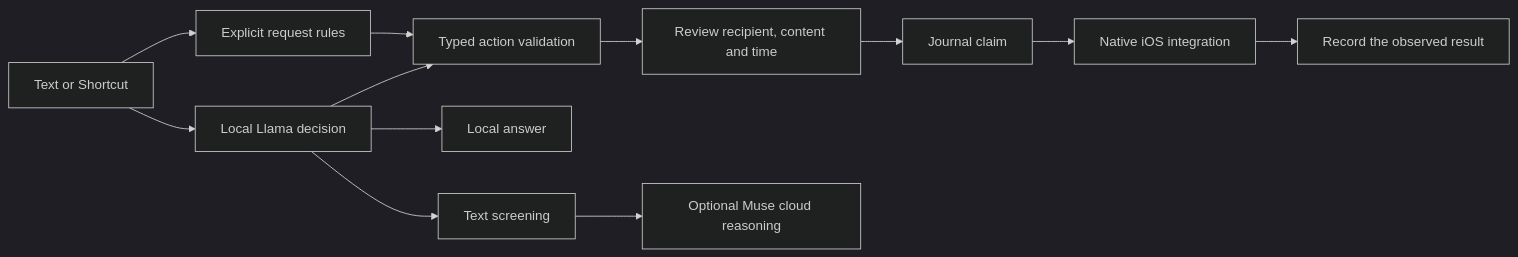
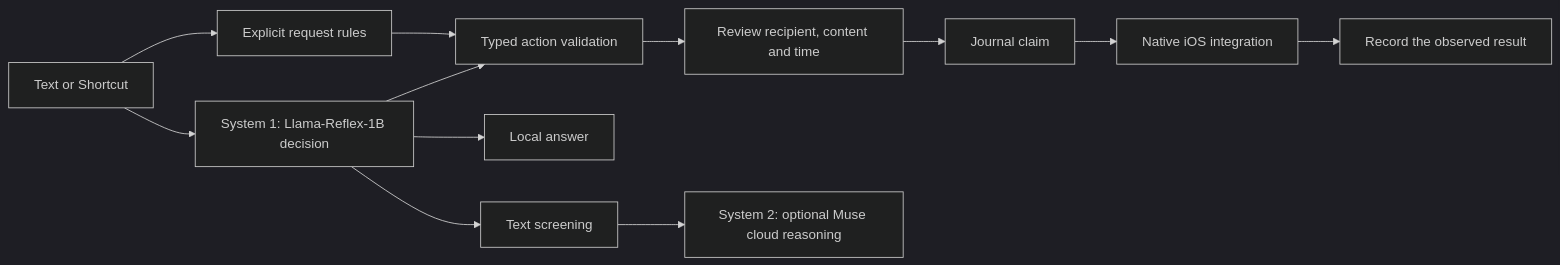
Before and after one commit to hxbib/OffLlama: the diagram in README.md, drawn with Mermaid (dark theme). The commit also changed other lines of this file and 3 other files, not shown here.

First line of the commit message:
docs: restore the System 1 / System 2 framing for Llama-Reflex-1B

````diff
--- a/README.md
+++ b/README.md
@@ -54,14 +61,14 @@
 ```mermaid
 flowchart LR
-    Input[Text or Shortcut] --> Reflex[Local Llama decision]
+    Input[Text or Shortcut] --> Reflex["System 1: Llama-Reflex-1B decision"]
     Input --> Rules[Explicit request rules]
     Reflex --> Contract[Typed action validation]
     Rules --> Contract
     Contract --> Draft[Review recipient, content and time]
     Draft --> Journal[Journal claim]
     Journal --> Native[Native iOS integration]
     Native --> Result[Record the observed result]
     Reflex --> Answer[Local answer]
     Reflex --> Screen[Text screening]
-    Screen --> Cloud[Optional Muse cloud reasoning]
+    Screen --> Cloud["System 2: optional Muse cloud reasoning"]
 ```
````
